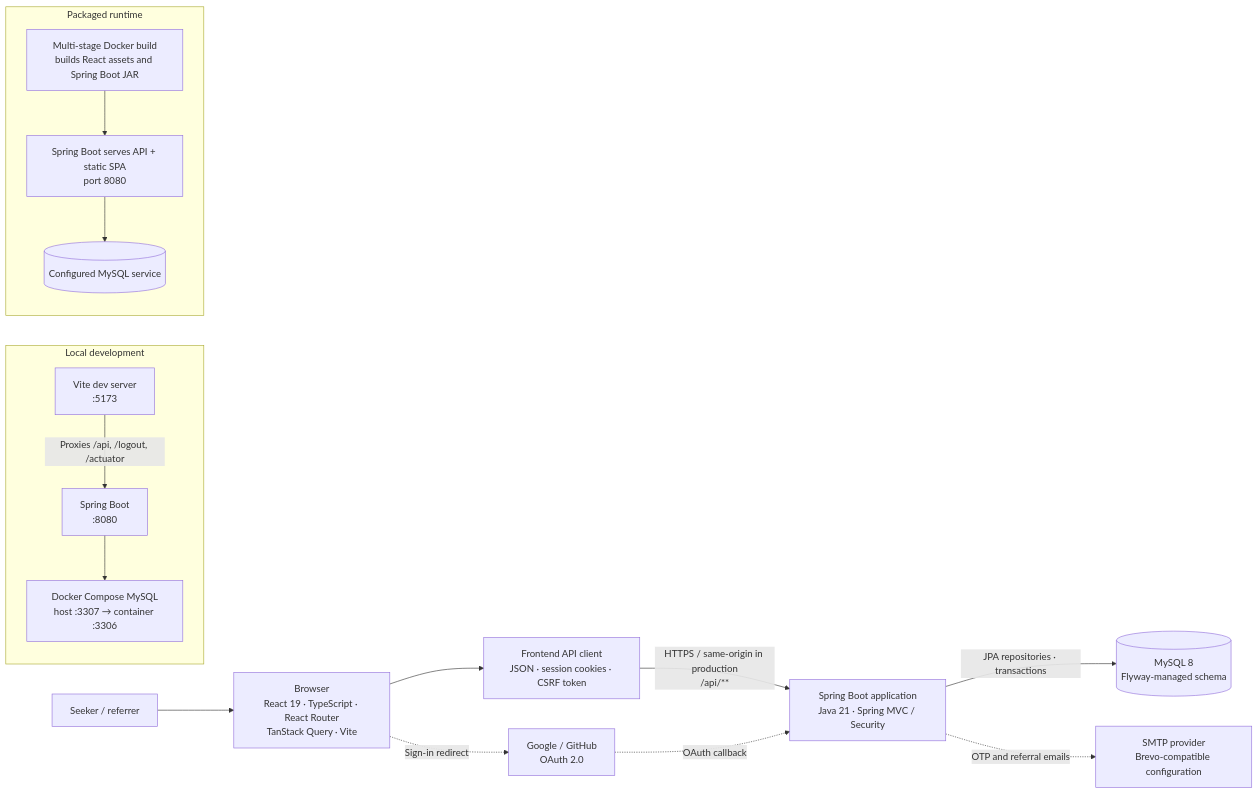
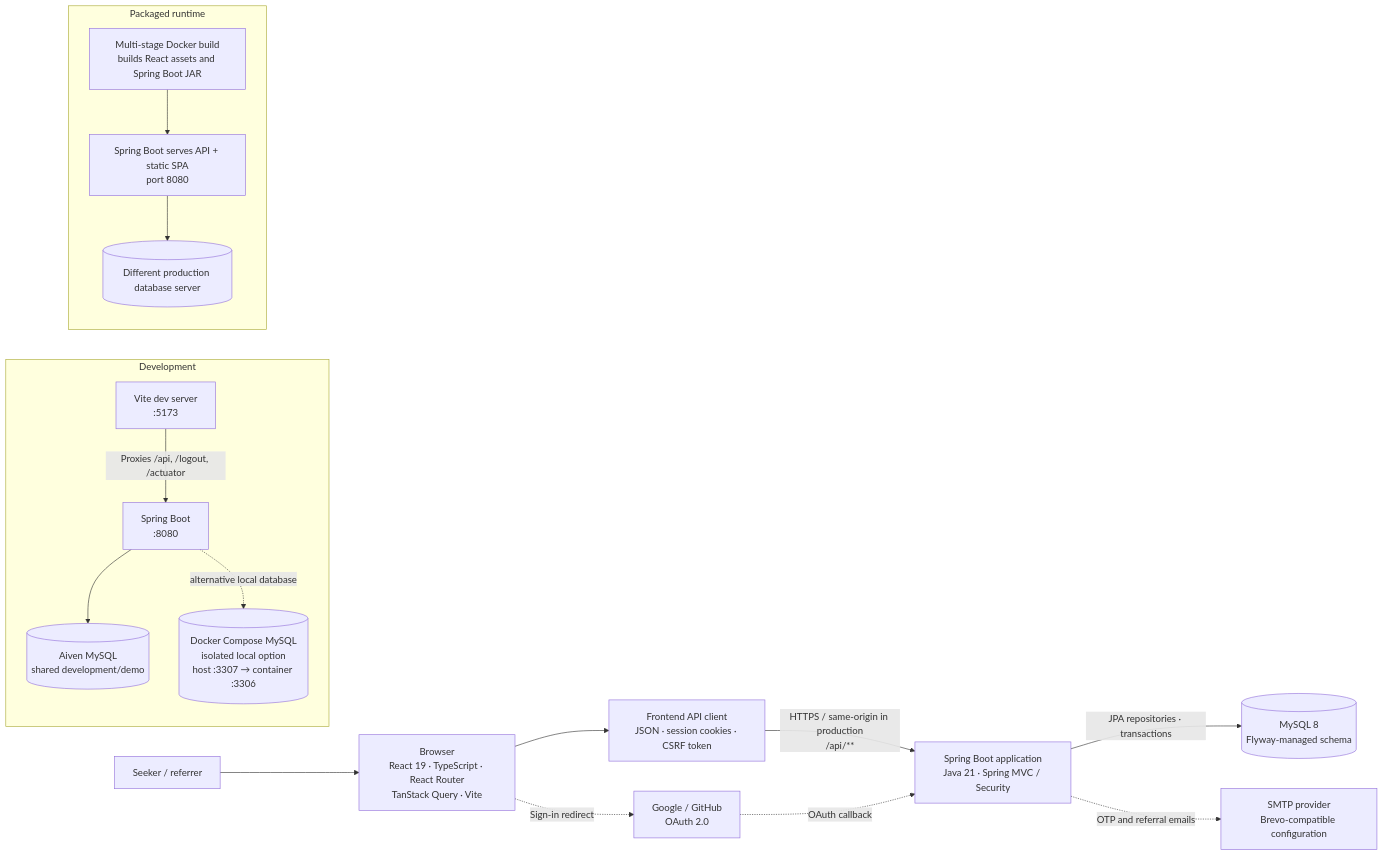
One commit to Pratik-M1110/referral-portal-poc changed the first of 4 diagrams in docs/ARCHITECTURE.md. Above: the diagram before and after it, drawn with Mermaid. The commit also changed other lines of this file and 5 other files, not shown here.

````diff
--- a/docs/ARCHITECTURE.md
+++ b/docs/ARCHITECTURE.md
@@ -9,34 +9,36 @@
 ```mermaid
 flowchart LR
     person["Seeker / referrer"]
     browser["Browser<br/>React 19 · TypeScript · React Router<br/>TanStack Query · Vite"]
     apiClient["Frontend API client<br/>JSON · session cookies · CSRF token"]
     oauth["Google / GitHub<br/>OAuth 2.0"]
     app["Spring Boot application<br/>Java 21 · Spring MVC / Security"]
     mysql[("MySQL 8<br/>Flyway-managed schema")]
     smtp["SMTP provider<br/>Brevo-compatible configuration"]
 
     person --> browser
     browser --> apiClient
     apiClient -->|"HTTPS / same-origin in production<br/>/api/**"| app
     browser -. "Sign-in redirect" .-> oauth
     oauth -. "OAuth callback" .-> app
     app -->|"JPA repositories · transactions"| mysql
     app -. "OTP and referral emails" .-> smtp
 
-    subgraph dev["Local development"]
+    subgraph dev["Development"]
         vite["Vite dev server<br/>:5173"]
         boot["Spring Boot<br/>:8080"]
-        docker["Docker Compose MySQL<br/>host :3307 → container :3306"]
+        aiven[("Aiven MySQL<br/>shared development/demo")]
+        docker[("Docker Compose MySQL<br/>isolated local option<br/>host :3307 → container :3306")]
         vite -->|"Proxies /api, /logout, /actuator"| boot
-        boot --> docker
+        boot --> aiven
+        boot -. "alternative local database" .-> docker
     end
 
     subgraph deploy["Packaged runtime"]
         image["Multi-stage Docker build<br/>builds React assets and Spring Boot JAR"]
         one["Spring Boot serves API + static SPA<br/>port 8080"]
-        externaldb[("Configured MySQL service")]
+        externaldb[("Different production database server")]
         image --> one
         one --> externaldb
     end
 ```
````
